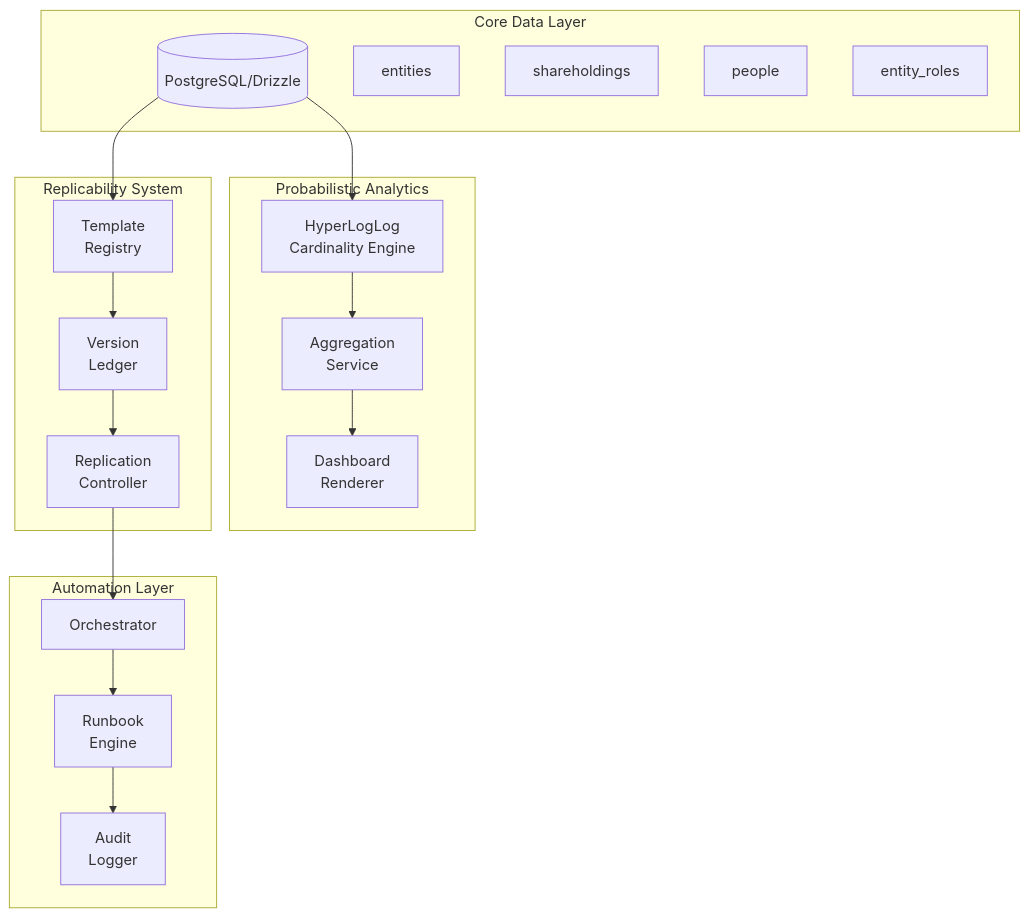
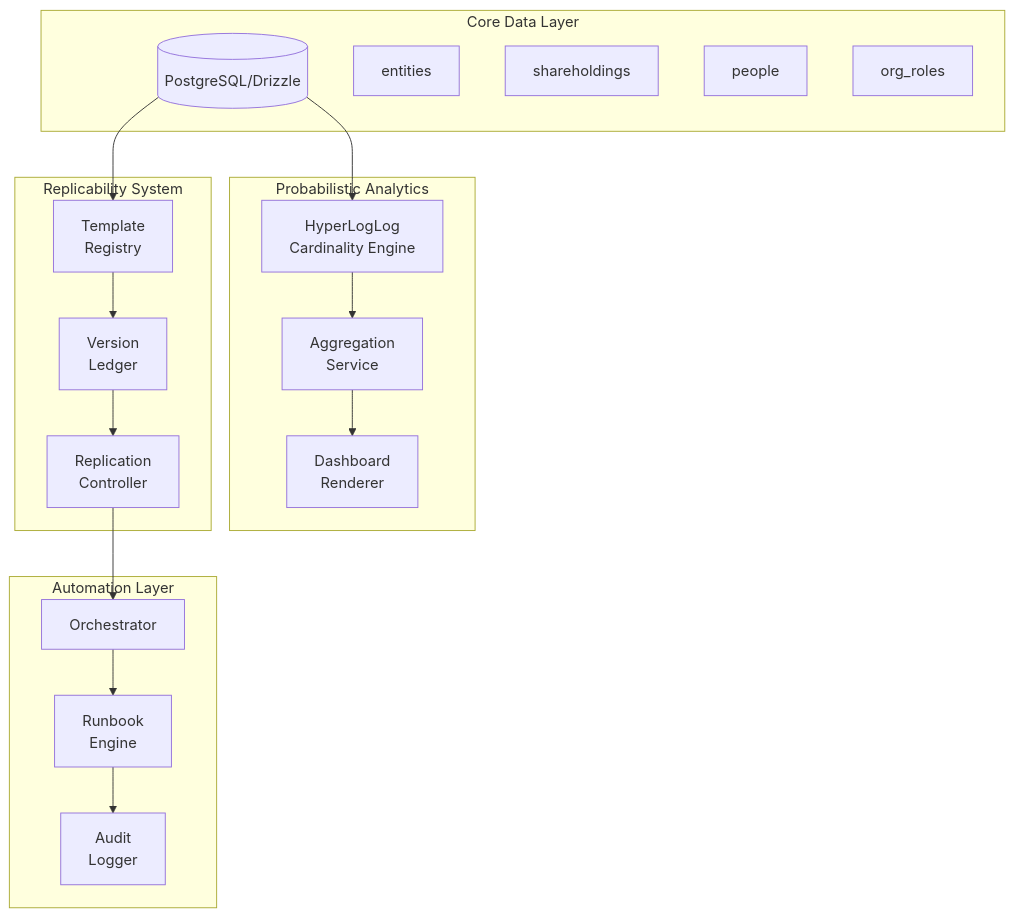
The second of 2 diagrams in plans/probabilistic-cardinality-replicability-plan.md (anungis437/nzila-automation), drawn with Mermaid before and after one commit. The commit also changed other lines of this file and 651 other files, not shown here.

First line of the commit message:
refactor: semantic convergence - entity == org (6 epics)

````diff
--- a/plans/probabilistic-cardinality-replicability-plan.md
+++ b/plans/probabilistic-cardinality-replicability-plan.md
@@ -136,39 +136,39 @@
 ```mermaid
 flowchart TB
     subgraph Core["Core Data Layer"]
         DB[(PostgreSQL/Drizzle)]
         E[entities]
         S[shareholdings]
         P[people]
-        R[entity_roles]
+        R[org_roles]
     end
     
     subgraph Analytics["Probabilistic Analytics"]
         HLL[HyperLogLog<br/>Cardinality Engine]
         AG[Aggregation<br/>Service]
         DASH[Dashboard<br/>Renderer]
     end
     
     subgraph Governance["Replicability System"]
         TM[Template<br/>Registry]
         VL[Version<br/>Ledger]
         RC[Replication<br/>Controller]
     end
     
     subgraph Automation["Automation Layer"]
         ORCH[Orchestrator]
         RUN[Runbook<br/>Engine]
         AUD[Audit<br/>Logger]
     end
     
     DB --> HLL
     HLL --> AG
     AG --> DASH
     
     DB --> TM
     TM --> VL
     VL --> RC
     RC --> ORCH
     ORCH --> RUN
     RUN --> AUD
 ```
````
